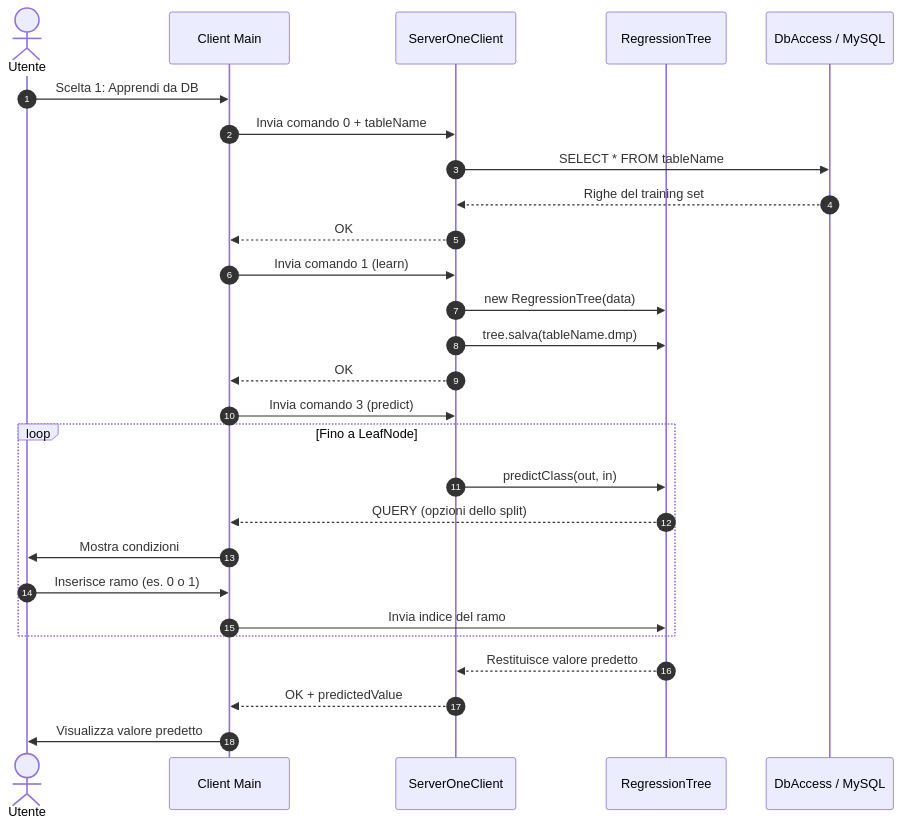
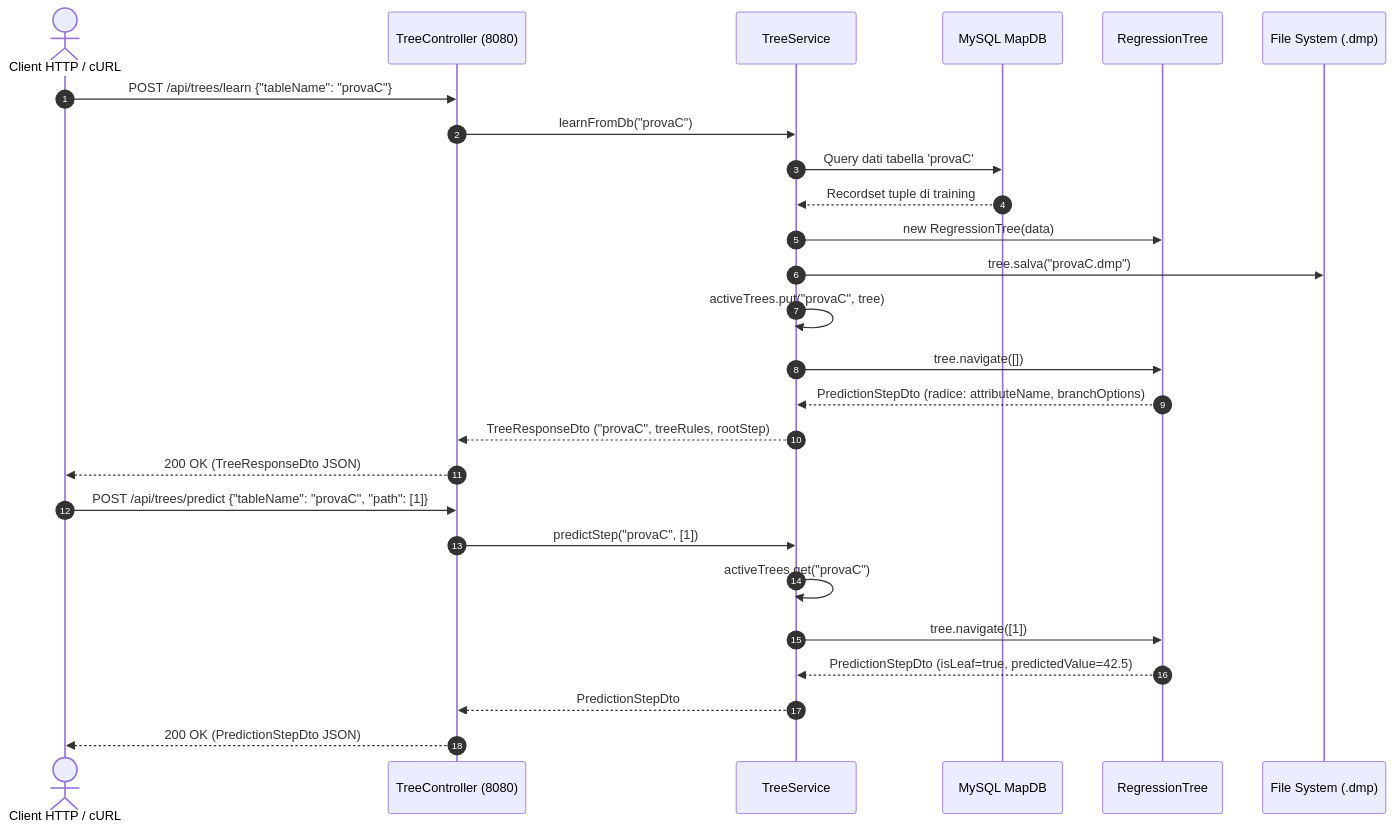
The eighth of 11 diagrams in docs/architettura-uml-oop.md (MarcoDiana/Albero_di_regressione), drawn with Mermaid before and after one commit. The commit also changed other lines of this file and 222 other files, not shown here.

Commit message:
docs: allineamento completo documentazione, diagrammi UML, PDF e javadoc aggregato

````diff
--- a/docs/architettura-uml-oop.md
+++ b/docs/architettura-uml-oop.md
@@ -516,30 +480,30 @@
 ```mermaid
 sequenceDiagram
     autonumber
-    actor Utente
-    participant Client as Client Main
-    participant Server as ServerOneClient
+    actor Client as Client HTTP / cURL
+    participant Controller as TreeController (8080)
+    participant Service as TreeService
+    participant DB as MySQL MapDB
     participant Tree as RegressionTree
-    participant DB as DbAccess / MySQL
+    participant Disk as File System (.dmp)
 
-    Utente->>Client: Scelta 1: Apprendi da DB
-    Client->>Server: Invia comando 0 + tableName
-    Server->>DB: SELECT * FROM tableName
-    DB-->>Server: Righe del training set
-    Server-->>Client: OK
-    Client->>Server: Invia comando 1 (learn)
-    Server->>Tree: new RegressionTree(data)
-    Server->>Tree: tree.salva(tableName.dmp)
-    Server-->>Client: OK
-    Client->>Server: Invia comando 3 (predict)
-    loop Fino a LeafNode
-        Server->>Tree: predictClass(out, in)
-        Tree-->>Client: QUERY (opzioni dello split)
-        Client->>Utente: Mostra condizioni
-        Utente->>Client: Inserisce ramo (es. 0 o 1)
-        Client->>Tree: Invia indice del ramo
-    end
-    Tree-->>Server: Restituisce valore predetto
-    Server-->>Client: OK + predictedValue
-    Client->>Utente: Visualizza valore predetto
+    Client->>Controller: POST /api/trees/learn {"tableName": "provaC"}
+    Controller->>Service: learnFromDb("provaC")
+    Service->>DB: Query dati tabella 'provaC'
+    DB-->>Service: Recordset tuple di training
+    Service->>Tree: new RegressionTree(data)
+    Service->>Disk: tree.salva("provaC.dmp")
+    Service->>Service: activeTrees.put("provaC", tree)
+    Service->>Tree: tree.navigate([])
+    Tree-->>Service: PredictionStepDto (radice: attributeName, branchOptions)
+    Service-->>Controller: TreeResponseDto ("provaC", treeRules, rootStep)
+    Controller-->>Client: 200 OK (TreeResponseDto JSON)
+
+    Client->>Controller: POST /api/trees/predict {"tableName": "provaC", "path": [1]}
+    Controller->>Service: predictStep("provaC", [1])
+    Service->>Service: activeTrees.get("provaC")
+    Service->>Tree: tree.navigate([1])
+    Tree-->>Service: PredictionStepDto (isLeaf=true, predictedValue=42.5)
+    Service-->>Controller: PredictionStepDto
+    Controller-->>Client: 200 OK (PredictionStepDto JSON)
 ```
````
